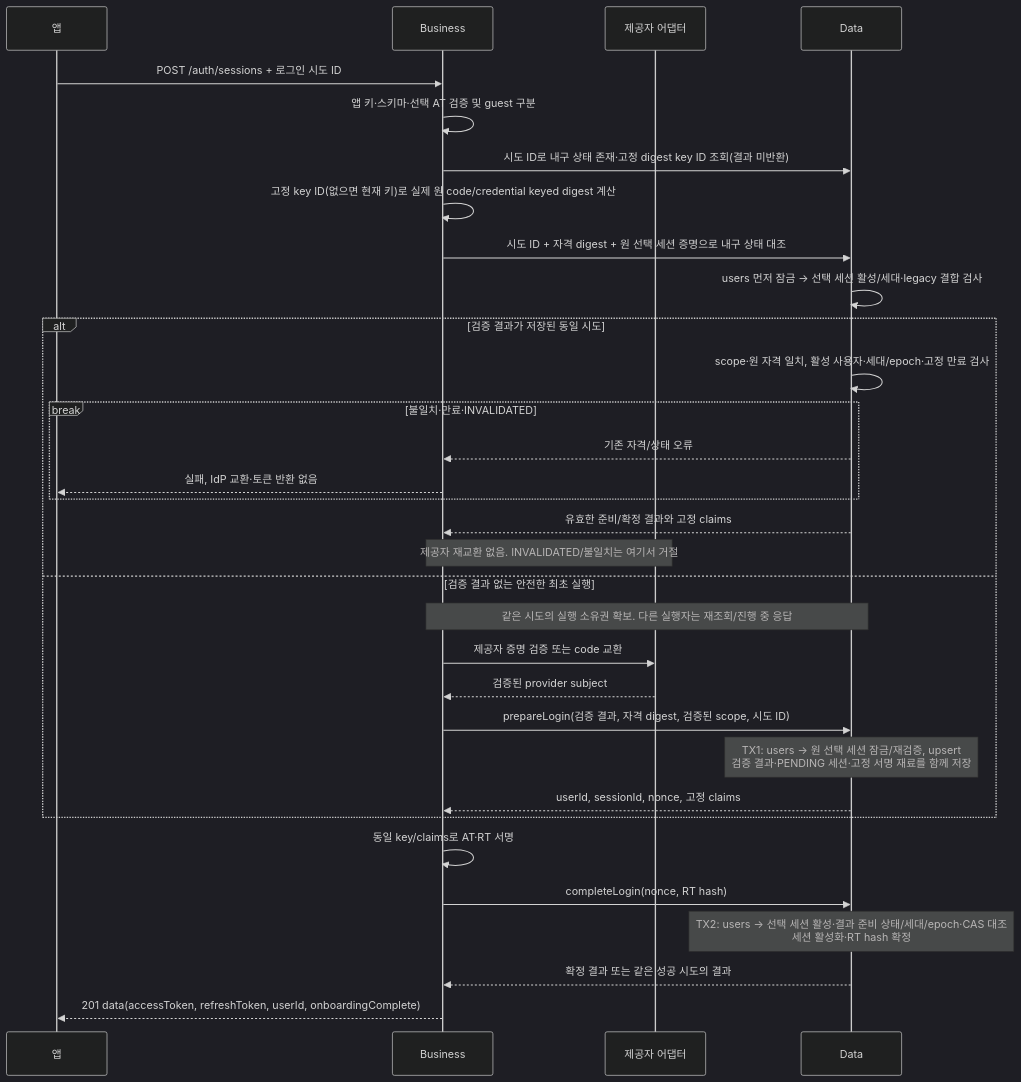
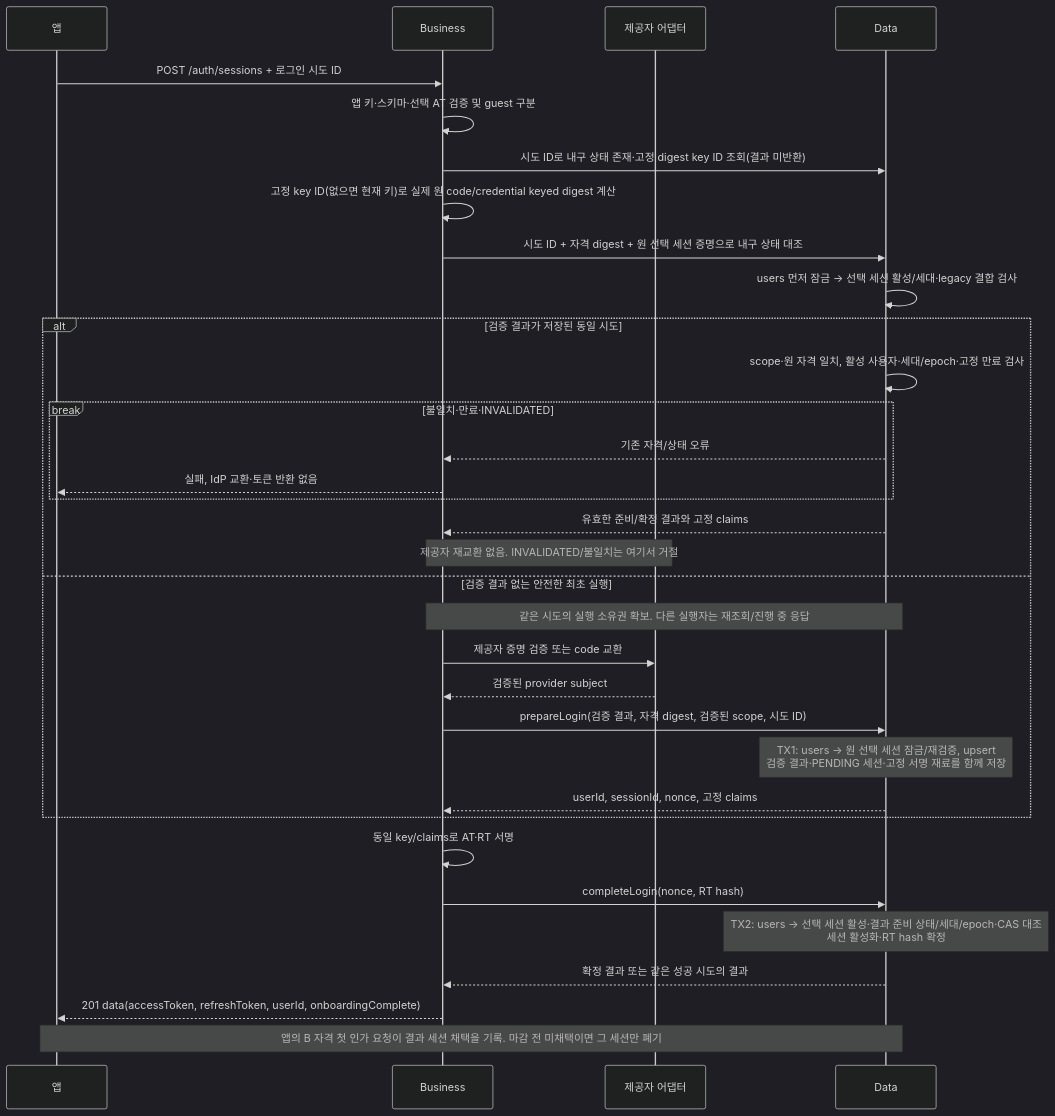
Before and after one commit to OneOrThree/phone: the second of 6 diagrams in docs/prd/account/high-level-design.md, drawn with Mermaid (dark theme). The commit also changed other lines of this file and 4 other files, not shown here.

````diff
--- a/docs/prd/account/high-level-design.md
+++ b/docs/prd/account/high-level-design.md
@@ -41,34 +41,35 @@
 ```mermaid
 sequenceDiagram
     participant A as 앱
     participant B as Business
     participant P as 제공자 어댑터
     participant D as Data
     A->>B: POST /auth/sessions + 로그인 시도 ID
     B->>B: 앱 키·스키마·선택 AT 검증 및 guest 구분
     B->>D: 시도 ID로 내구 상태 존재·고정 digest key ID 조회(결과 미반환)
     B->>B: 고정 key ID(없으면 현재 키)로 실제 원 code/credential keyed digest 계산
     B->>D: 시도 ID + 자격 digest + 원 선택 세션 증명으로 내구 상태 대조
     D->>D: users 먼저 잠금 → 선택 세션 활성/세대·legacy 결합 검사
     alt 검증 결과가 저장된 동일 시도
         D->>D: scope·원 자격 일치, 활성 사용자·세대/epoch·고정 만료 검사
         break 불일치·만료·INVALIDATED
             D-->>B: 기존 자격/상태 오류
             B-->>A: 실패, IdP 교환·토큰 반환 없음
         end
         D-->>B: 유효한 준비/확정 결과와 고정 claims
         Note over B,P: 제공자 재교환 없음. INVALIDATED/불일치는 여기서 거절
     else 검증 결과 없는 안전한 최초 실행
         Note over B,D: 같은 시도의 실행 소유권 확보. 다른 실행자는 재조회/진행 중 응답
         B->>P: 제공자 증명 검증 또는 code 교환
         P-->>B: 검증된 provider subject
         B->>D: prepareLogin(검증 결과, 자격 digest, 검증된 scope, 시도 ID)
         Note over D: TX1: users → 원 선택 세션 잠금/재검증, upsert<br/>검증 결과·PENDING 세션·고정 서명 재료를 함께 저장
         D-->>B: userId, sessionId, nonce, 고정 claims
     end
     B->>B: 동일 key/claims로 AT·RT 서명
     B->>D: completeLogin(nonce, RT hash)
     Note over D: TX2: users → 선택 세션 활성·결과 준비 상태/세대/epoch·CAS 대조<br/>세션 활성화·RT hash 확정
     D-->>B: 확정 결과 또는 같은 성공 시도의 결과
     B-->>A: 201 data(accessToken, refreshToken, userId, onboardingComplete)
+    Note over A,D: 앱의 B 자격 첫 인가 요청이 결과 세션 채택을 기록. 마감 전 미채택이면 그 세션만 폐기
 ```
````
